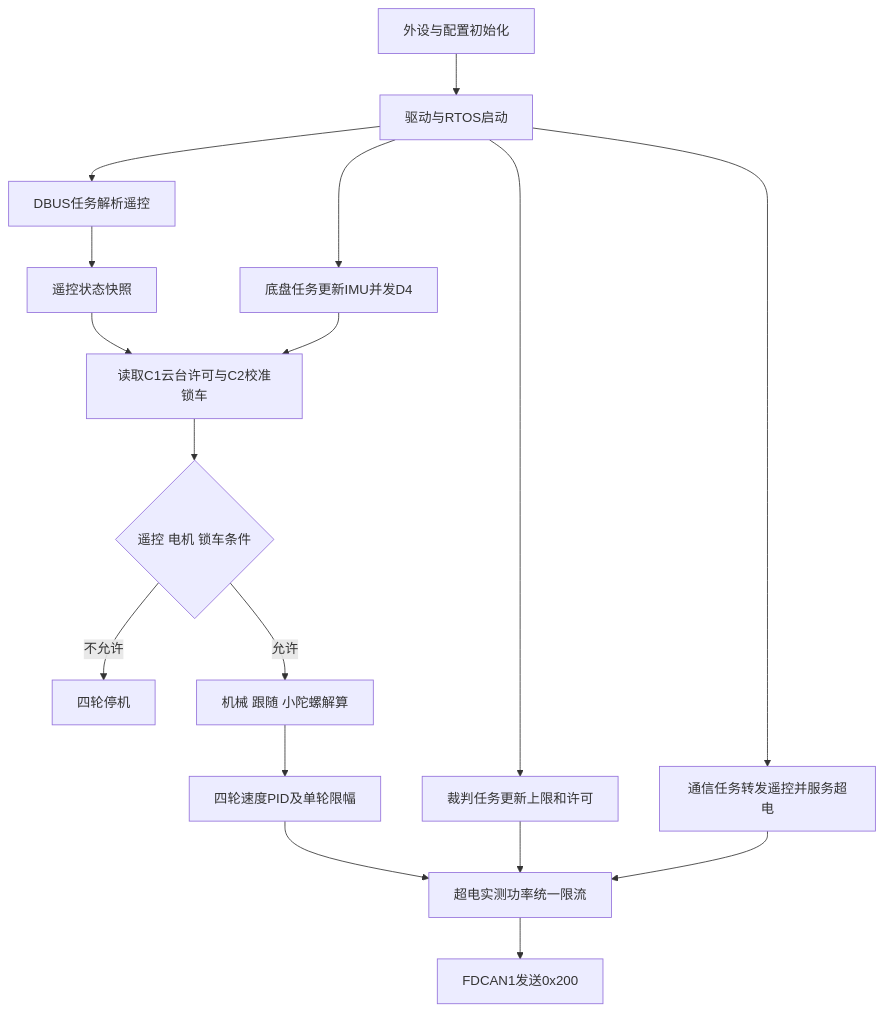
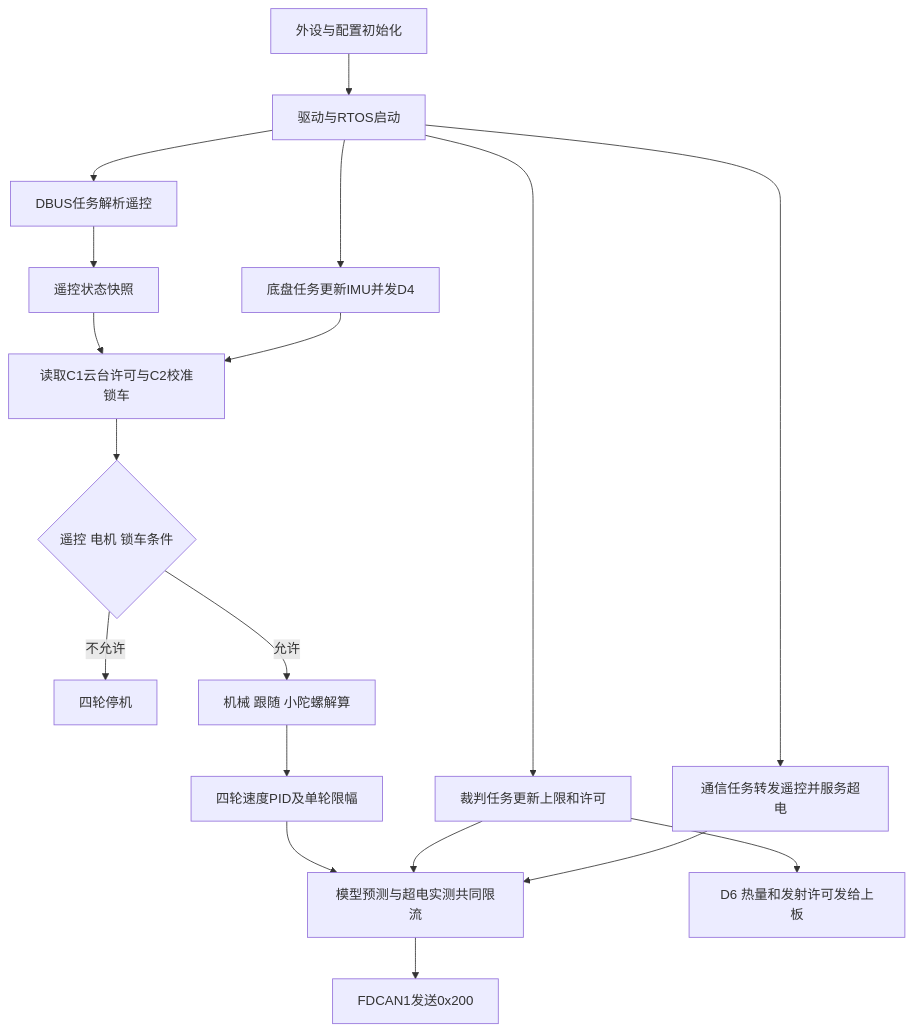
The diagram in 文档/01_启动与任务.md (RP27-EC/27_LHX), drawn with Mermaid before and after one commit. The commit also changed other lines of this file and 32 other files, not shown here.

````diff
--- a/文档/01_启动与任务.md
+++ b/文档/01_启动与任务.md
@@ -16,19 +16,20 @@
 ```mermaid
 flowchart TD
     A[外设与配置初始化] --> B[驱动与RTOS启动]
     B --> C[DBUS任务解析遥控]
     C --> D[遥控状态快照]
     B --> E[底盘任务更新IMU并发D4]
     D --> F[读取C1云台许可与C2校准锁车]
     E --> F
     F --> G{遥控 电机 锁车条件}
     G -->|不允许| H[四轮停机]
     G -->|允许| I[机械 跟随 小陀螺解算]
     I --> J[四轮速度PID及单轮限幅]
-    J --> K[超电实测功率统一限流]
+    J --> K[模型预测与超电实测共同限流]
     K --> L[FDCAN1发送0x200]
     B --> M[裁判任务更新上限和许可]
     B --> N[通信任务转发遥控并服务超电]
+    M --> O[D6 热量和发射许可发给上板]
     M --> K
     N --> K
 ```
````
